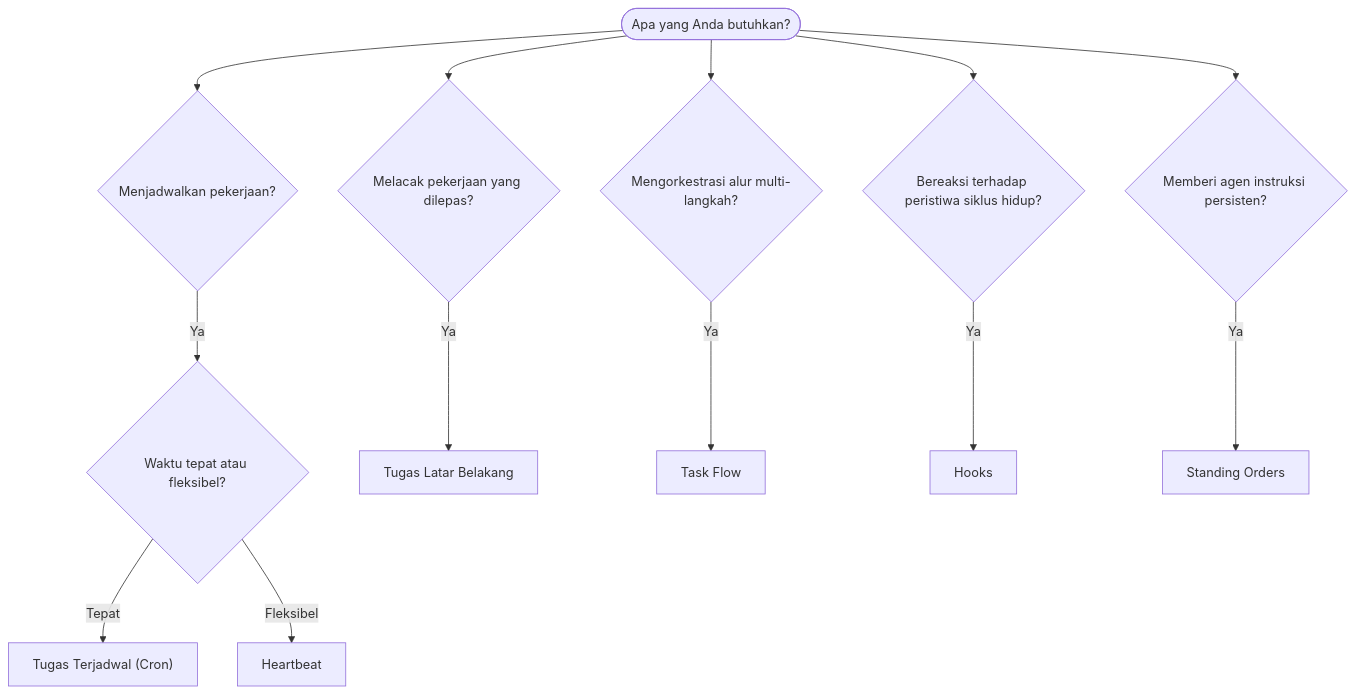
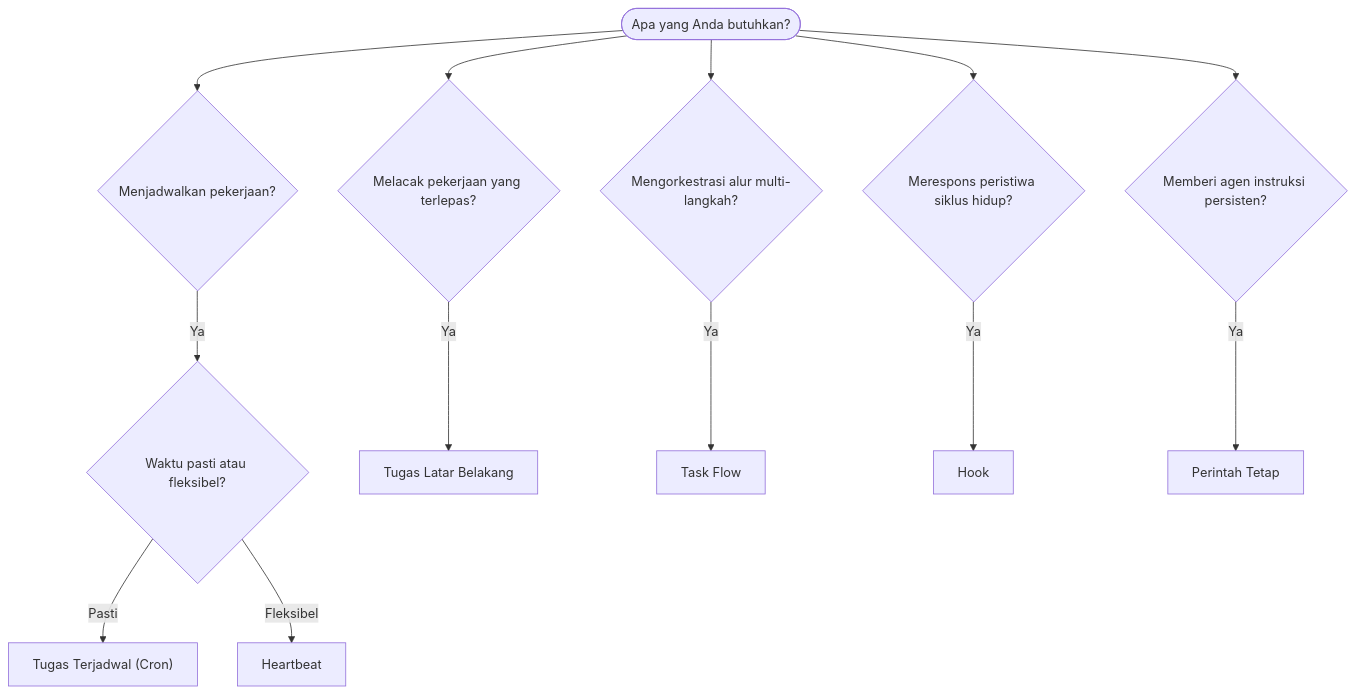
One commit to openclaw/docs changed the diagram in docs/id/automation/index.md. Above: the diagram before and after it, drawn with Mermaid. The commit also changed other lines of this file and 440 other files, not shown here.

````diff
--- a/docs/id/automation/index.md
+++ b/docs/id/automation/index.md
@@ -23,17 +21,17 @@
 ```mermaid
 flowchart TD
     START([Apa yang Anda butuhkan?]) --> Q1{Menjadwalkan pekerjaan?}
-    START --> Q2{Melacak pekerjaan yang dilepas?}
+    START --> Q2{Melacak pekerjaan yang terlepas?}
     START --> Q3{Mengorkestrasi alur multi-langkah?}
-    START --> Q4{Bereaksi terhadap peristiwa siklus hidup?}
+    START --> Q4{Merespons peristiwa siklus hidup?}
     START --> Q5{Memberi agen instruksi persisten?}
 
-    Q1 -->|Ya| Q1a{Waktu tepat atau fleksibel?}
-    Q1a -->|Tepat| CRON["Tugas Terjadwal (Cron)"]
+    Q1 -->|Ya| Q1a{Waktu pasti atau fleksibel?}
+    Q1a -->|Pasti| CRON["Tugas Terjadwal (Cron)"]
     Q1a -->|Fleksibel| HEARTBEAT[Heartbeat]
 
     Q2 -->|Ya| TASKS[Tugas Latar Belakang]
     Q3 -->|Ya| FLOW[Task Flow]
-    Q4 -->|Ya| HOOKS[Hooks]
-    Q5 -->|Ya| SO[Standing Orders]
+    Q4 -->|Ya| HOOKS[Hook]
+    Q5 -->|Ya| SO[Perintah Tetap]
 ```
````
